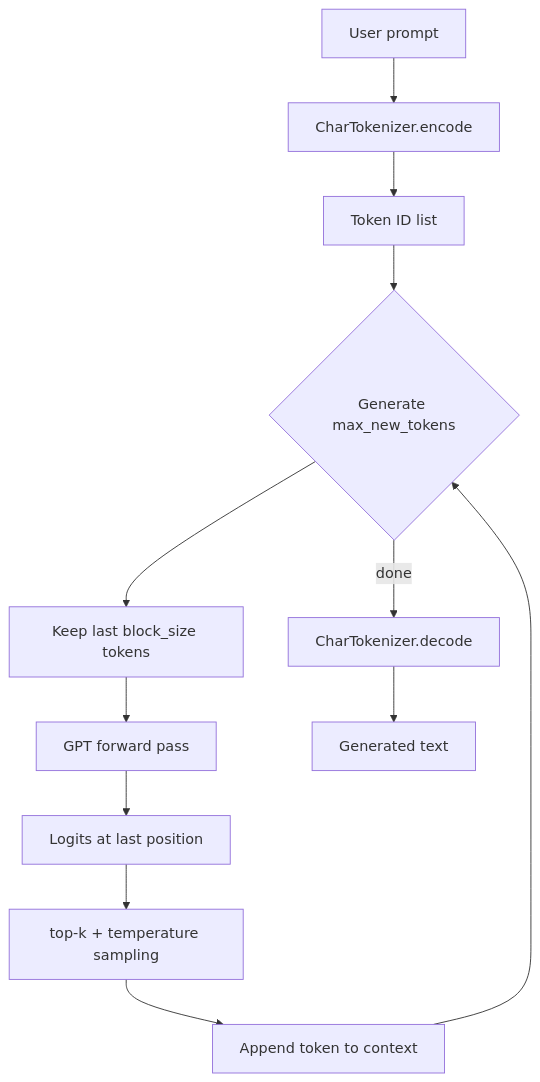
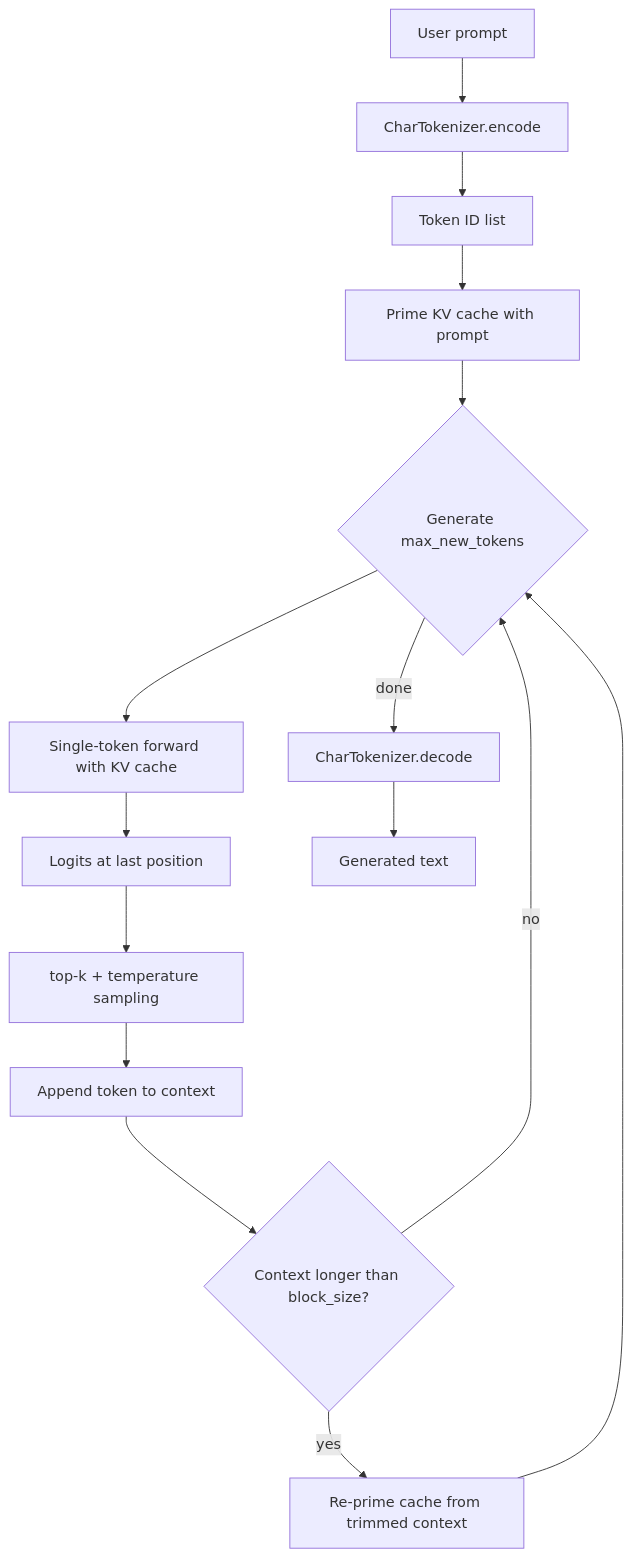
One commit to shubham-agarwal-techculture/transformer-model changed the fourth of 9 diagrams in README.md. Above: the diagram before and after it, drawn with Mermaid. The commit also changed other lines of this file and 16 other files, not shown here.

````diff
--- a/README.md
+++ b/README.md
@@ -153,16 +164,19 @@
 ```mermaid
 flowchart TD
     Prompt[User prompt] --> Encode[CharTokenizer.encode]
     Encode --> Context[Token ID list]
-    Context --> Loop{Generate max_new_tokens}
+    Context --> Prime[Prime KV cache with prompt]
+    Prime --> Loop{Generate max_new_tokens}
 
-    Loop --> Trim[Keep last block_size tokens]
-    Trim --> Forward[GPT forward pass]
+    Loop --> Forward[Single-token forward with KV cache]
     Forward --> Logits[Logits at last position]
     Logits --> Sample[top-k + temperature sampling]
     Sample --> Append[Append token to context]
-    Append --> Loop
+    Append --> Trim{Context longer than block_size?}
+    Trim -->|yes| RePrime[Re-prime cache from trimmed context]
+    Trim -->|no| Loop
+    RePrime --> Loop
 
     Loop -->|done| Decode[CharTokenizer.decode]
     Decode --> Output[Generated text]
 ```
````
